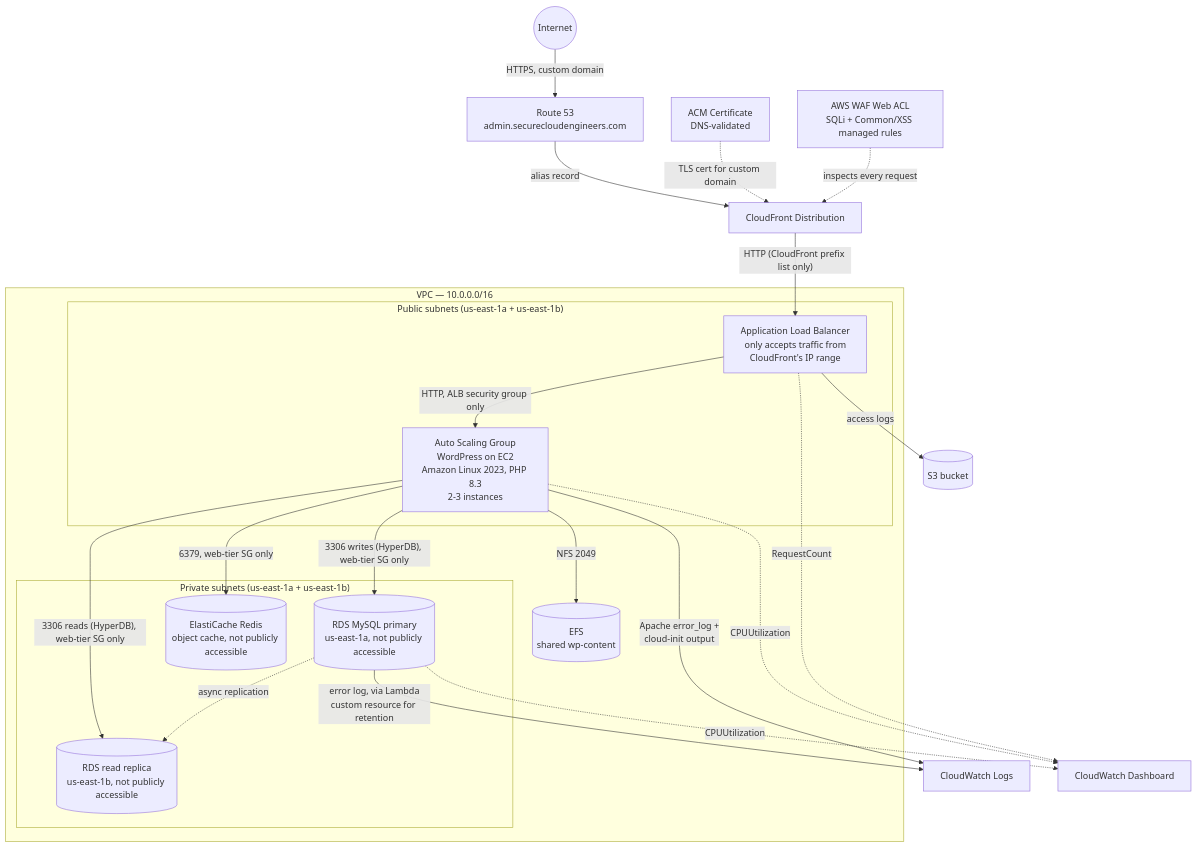
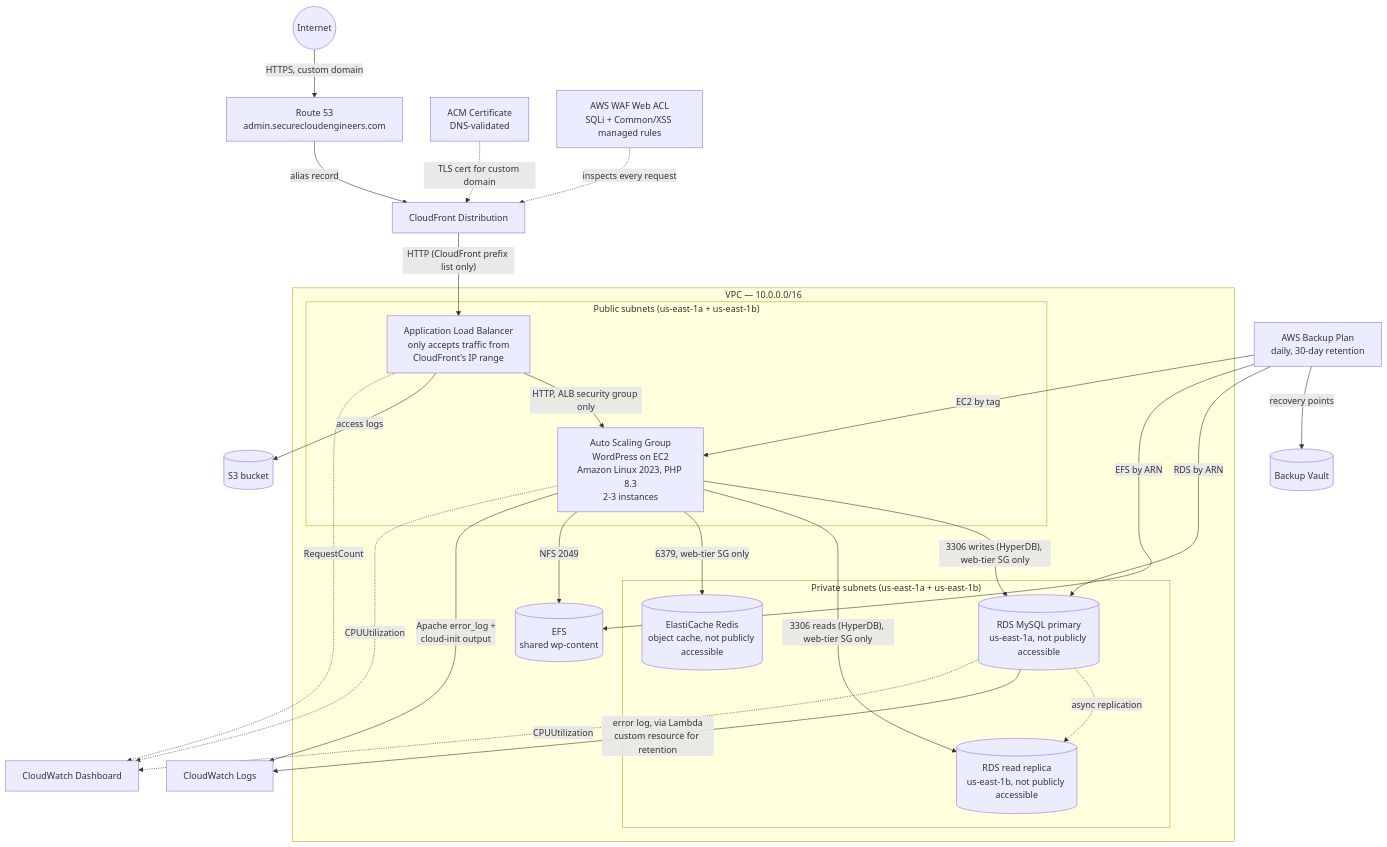
Before and after one commit to bdahiya2007/three-tier-web-app-aws: the first of 2 diagrams in README.md, drawn with Mermaid. The commit also changed other lines of this file and 2 other files, not shown here.

````diff
--- a/README.md
+++ b/README.md
@@ -27,41 +28,48 @@
 ```mermaid
 flowchart TB
     Internet((Internet))
     R53[Route 53<br/>admin.securecloudengineers.com]
     ACM[ACM Certificate<br/>DNS-validated]
     WAF[AWS WAF Web ACL<br/>SQLi + Common/XSS managed rules]
     CF[CloudFront Distribution]
 
     subgraph VPC["VPC — 10.0.0.0/16"]
         subgraph Public["Public subnets (us-east-1a + us-east-1b)"]
             ALB["Application Load Balancer<br/>only accepts traffic from<br/>CloudFront's IP range"]
             ASG["Auto Scaling Group<br/>WordPress on EC2<br/>Amazon Linux 2023, PHP 8.3<br/>2-3 instances"]
         end
         subgraph Private["Private subnets (us-east-1a + us-east-1b)"]
             RDS[("RDS MySQL primary<br/>us-east-1a, not publicly accessible")]
             Replica[("RDS read replica<br/>us-east-1b, not publicly accessible")]
             Redis[("ElastiCache Redis<br/>object cache, not publicly accessible")]
         end
         EFS[("EFS<br/>shared wp-content")]
     end
 
     Internet -->|HTTPS, custom domain| R53
     R53 -->|alias record| CF
     ACM -.->|TLS cert for custom domain| CF
     WAF -.->|inspects every request| CF
     CF -->|"HTTP (CloudFront prefix list only)"| ALB
     ALB -->|HTTP, ALB security group only| ASG
     ASG -->|"3306 writes (HyperDB), web-tier SG only"| RDS
     ASG -->|"3306 reads (HyperDB), web-tier SG only"| Replica
     RDS -.->|async replication| Replica
     ASG -->|"6379, web-tier SG only"| Redis
     ASG -->|NFS 2049| EFS
 
     ALB -->|access logs| S3[(S3 bucket)]
     ASG -->|Apache error_log +<br/>cloud-init output| CWLogs[CloudWatch Logs]
     RDS -->|error log, via Lambda<br/>custom resource for retention| CWLogs
     CWDash[CloudWatch Dashboard]
     ASG -.->|CPUUtilization| CWDash
     RDS -.->|CPUUtilization| CWDash
+
+    Backup["AWS Backup Plan<br/>daily, 30-day retention"]
+    Vault[("Backup Vault")]
+    Backup -->|RDS by ARN| RDS
+    Backup -->|EFS by ARN| EFS
+    Backup -->|EC2 by tag| ASG
+    Backup -->|recovery points| Vault
     ALB -.->|RequestCount| CWDash
 ```
````
